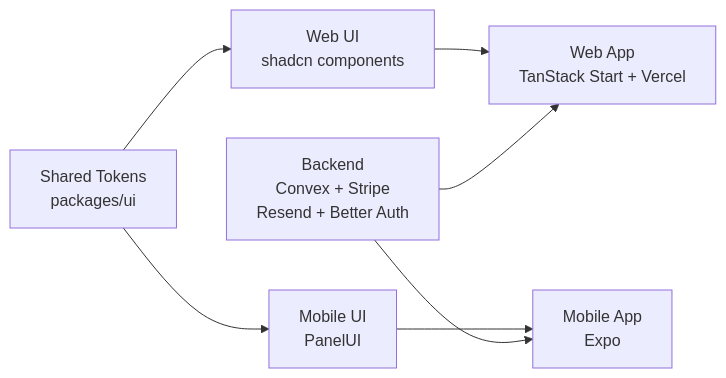
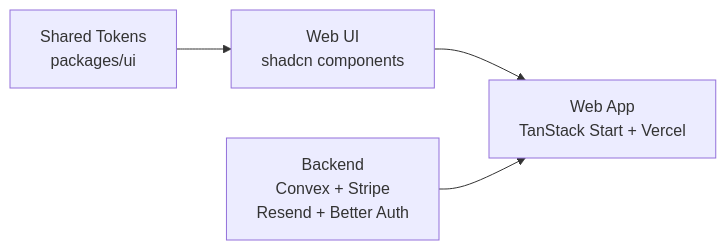
One commit to san-devistan/museum changed the first of 2 diagrams in README.md. Above: the diagram before and after it, drawn with Mermaid. The commit also changed other lines of this file and 30 other files, not shown here.

````diff
--- a/README.md
+++ b/README.md
@@ -3,14 +5,10 @@
 ```mermaid
 flowchart LR
   Web["Web App<br/>TanStack Start + Vercel"]
-  Mobile["Mobile App<br/>Expo"]
   Backend["Backend<br/>Convex + Stripe<br/>Resend + Better Auth"]
   Tokens["Shared Tokens<br/>packages/ui"]
   WebUI["Web UI<br/>shadcn components"]
-  MobileUI["Mobile UI<br/>PanelUI"]
 
   Tokens --> WebUI --> Web
-  Tokens --> MobileUI --> Mobile
   Backend --> Web
-  Backend --> Mobile
 ```
````
